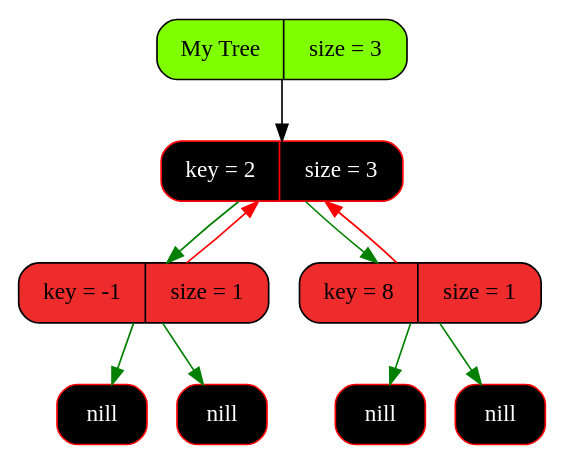
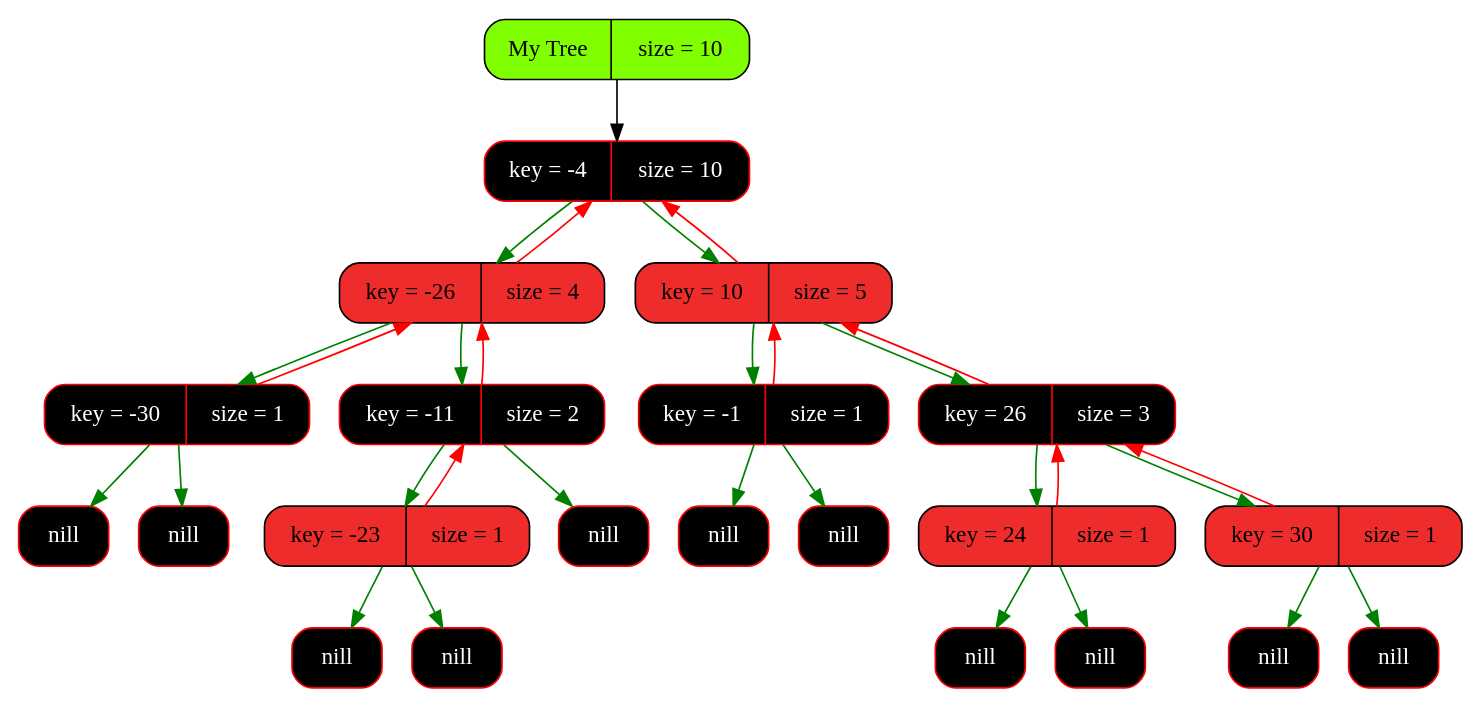
Before and after one commit to Pelmeshka127/RedBlackTree: the diagram in graphics/graph.dot, drawn with Graphviz. The commit also changed 6 other files, not shown here.

```diff
--- a/graphics/graph.dot
+++ b/graphics/graph.dot
@@ -1,23 +1,58 @@
 digraph Tree
 {
    rankdir = HR;
    node[fontsize=14];
    edge[color="black",fontcolor="blue",fontsize=12];
-   tree[shape = Mrecord, style = filled, fillcolor = "chartreuse1", label = "My Tree | size = 3"];
-   "0x152f040b0"[shape = Mrecord, color = "red", style = filled, fontcolor = "white", fillcolor = "black",   label = " key = 2 | size = 3"];
-  "0x152f040b0" -> "0x152f040e0" [color = "green"];
-  "0x152f040e0" -> "0x152f040b0" [color = "red"];
-  "0x152f040b0" -> "0x152f04080" [color = "green"];
-  "0x152f04080" -> "0x152f040b0" [color = "red"];
-   "0x152f040e0"[shape = Mrecord, color = "black", style = filled, fontcolor = "black", fillcolor = "firebrick2",   label = " key = -1 | size = 1"];
-   "0x152f040e0left"[shape = Mrecord, color = "red", style = filled, fontcolor = "white", fillcolor = "black",   label = " <value> nill"];
-  "0x152f040e0" -> "0x152f040e0left" [color = "green"];
-   "0x152f040e0right"[shape = Mrecord, color = "red", style = filled, fontcolor = "white", fillcolor = "black",   label = " <value> nill"];
-  "0x152f040e0" -> "0x152f040e0right" [color = "green"];
-   "0x152f04080"[shape = Mrecord, color = "black", style = filled, fontcolor = "black", fillcolor = "firebrick2",   label = " key = 8 | size = 1"];
-   "0x152f04080left"[shape = Mrecord, color = "red", style = filled, fontcolor = "white", fillcolor = "black",   label = " <value> nill"];
-  "0x152f04080" -> "0x152f04080left" [color = "green"];
-   "0x152f04080right"[shape = Mrecord, color = "red", style = filled, fontcolor = "white", fillcolor = "black",   label = " <value> nill"];
-  "0x152f04080" -> "0x152f04080right" [color = "green"];
-   tree -> "0x152f040b0" [color = "gray0"];
+   tree[shape = Mrecord, style = filled, fillcolor = "chartreuse1", label = "My Tree | size = 10"];
+   "0x131606830"[shape = Mrecord, color = "red", style = filled, fontcolor = "white", fillcolor = "black",   label = " key = -4 | size = 10"];
+  "0x131606830" -> "0x1316069c0" [color = "green"];
+  "0x1316069c0" -> "0x131606830" [color = "red"];
+  "0x131606830" -> "0x131606890" [color = "green"];
+  "0x131606890" -> "0x131606830" [color = "red"];
+   "0x1316069c0"[shape = Mrecord, color = "black", style = filled, fontcolor = "black", fillcolor = "firebrick2",   label = " key = -26 | size = 4"];
+  "0x1316069c0" -> "0x131606970" [color = "green"];
+  "0x131606970" -> "0x1316069c0" [color = "red"];
+  "0x1316069c0" -> "0x131606940" [color = "green"];
+  "0x131606940" -> "0x1316069c0" [color = "red"];
+   "0x131606970"[shape = Mrecord, color = "red", style = filled, fontcolor = "white", fillcolor = "black",   label = " key = -30 | size = 1"];
+   "0x131606970left"[shape = Mrecord, color = "red", style = filled, fontcolor = "white", fillcolor = "black",   label = " <value> nill"];
+  "0x131606970" -> "0x131606970left" [color = "green"];
+   "0x131606970right"[shape = Mrecord, color = "red", style = filled, fontcolor = "white", fillcolor = "black",   label = " <value> nill"];
+  "0x131606970" -> "0x131606970right" [color = "green"];
+   "0x131606940"[shape = Mrecord, color = "red", style = filled, fontcolor = "white", fillcolor = "black",   label = " key = -11 | size = 2"];
+  "0x131606940" -> "0x131606a60" [color = "green"];
+  "0x131606a60" -> "0x131606940" [color = "red"];
+   "0x131606940right"[shape = Mrecord, color = "red", style = filled, fontcolor = "white", fillcolor = "black",   label = " <value> nill"];
+  "0x131606940" -> "0x131606940right" [color = "green"];
+   "0x131606a60"[shape = Mrecord, color = "black", style = filled, fontcolor = "black", fillcolor = "firebrick2",   label = " key = -23 | size = 1"];
+   "0x131606a60left"[shape = Mrecord, color = "red", style = filled, fontcolor = "white", fillcolor = "black",   label = " <value> nill"];
+  "0x131606a60" -> "0x131606a60left" [color = "green"];
+   "0x131606a60right"[shape = Mrecord, color = "red", style = filled, fontcolor = "white", fillcolor = "black",   label = " <value> nill"];
+  "0x131606a60" -> "0x131606a60right" [color = "green"];
+   "0x131606890"[shape = Mrecord, color = "black", style = filled, fontcolor = "black", fillcolor = "firebrick2",   label = " key = 10 | size = 5"];
+  "0x131606890" -> "0x131606900" [color = "green"];
+  "0x131606900" -> "0x131606890" [color = "red"];
+  "0x131606890" -> "0x1316068c0" [color = "green"];
+  "0x1316068c0" -> "0x131606890" [color = "red"];
+   "0x131606900"[shape = Mrecord, color = "red", style = filled, fontcolor = "white", fillcolor = "black",   label = " key = -1 | size = 1"];
+   "0x131606900left"[shape = Mrecord, color = "red", style = filled, fontcolor = "white", fillcolor = "black",   label = " <value> nill"];
+  "0x131606900" -> "0x131606900left" [color = "green"];
+   "0x131606900right"[shape = Mrecord, color = "red", style = filled, fontcolor = "white", fillcolor = "black",   label = " <value> nill"];
+  "0x131606900" -> "0x131606900right" [color = "green"];
+   "0x1316068c0"[shape = Mrecord, color = "red", style = filled, fontcolor = "white", fillcolor = "black",   label = " key = 26 | size = 3"];
+  "0x1316068c0" -> "0x131606a30" [color = "green"];
+  "0x131606a30" -> "0x1316068c0" [color = "red"];
+  "0x1316068c0" -> "0x131606860" [color = "green"];
+  "0x131606860" -> "0x1316068c0" [color = "red"];
+   "0x131606a30"[shape = Mrecord, color = "black", style = filled, fontcolor = "black", fillcolor = "firebrick2",   label = " key = 24 | size = 1"];
+   "0x131606a30left"[shape = Mrecord, color = "red", style = filled, fontcolor = "white", fillcolor = "black",   label = " <value> nill"];
+  "0x131606a30" -> "0x131606a30left" [color = "green"];
+   "0x131606a30right"[shape = Mrecord, color = "red", style = filled, fontcolor = "white", fillcolor = "black",   label = " <value> nill"];
+  "0x131606a30" -> "0x131606a30right" [color = "green"];
+   "0x131606860"[shape = Mrecord, color = "black", style = filled, fontcolor = "black", fillcolor = "firebrick2",   label = " key = 30 | size = 1"];
+   "0x131606860left"[shape = Mrecord, color = "red", style = filled, fontcolor = "white", fillcolor = "black",   label = " <value> nill"];
+  "0x131606860" -> "0x131606860left" [color = "green"];
+   "0x131606860right"[shape = Mrecord, color = "red", style = filled, fontcolor = "white", fillcolor = "black",   label = " <value> nill"];
+  "0x131606860" -> "0x131606860right" [color = "green"];
+   tree -> "0x131606830" [color = "gray0"];
 }
```
